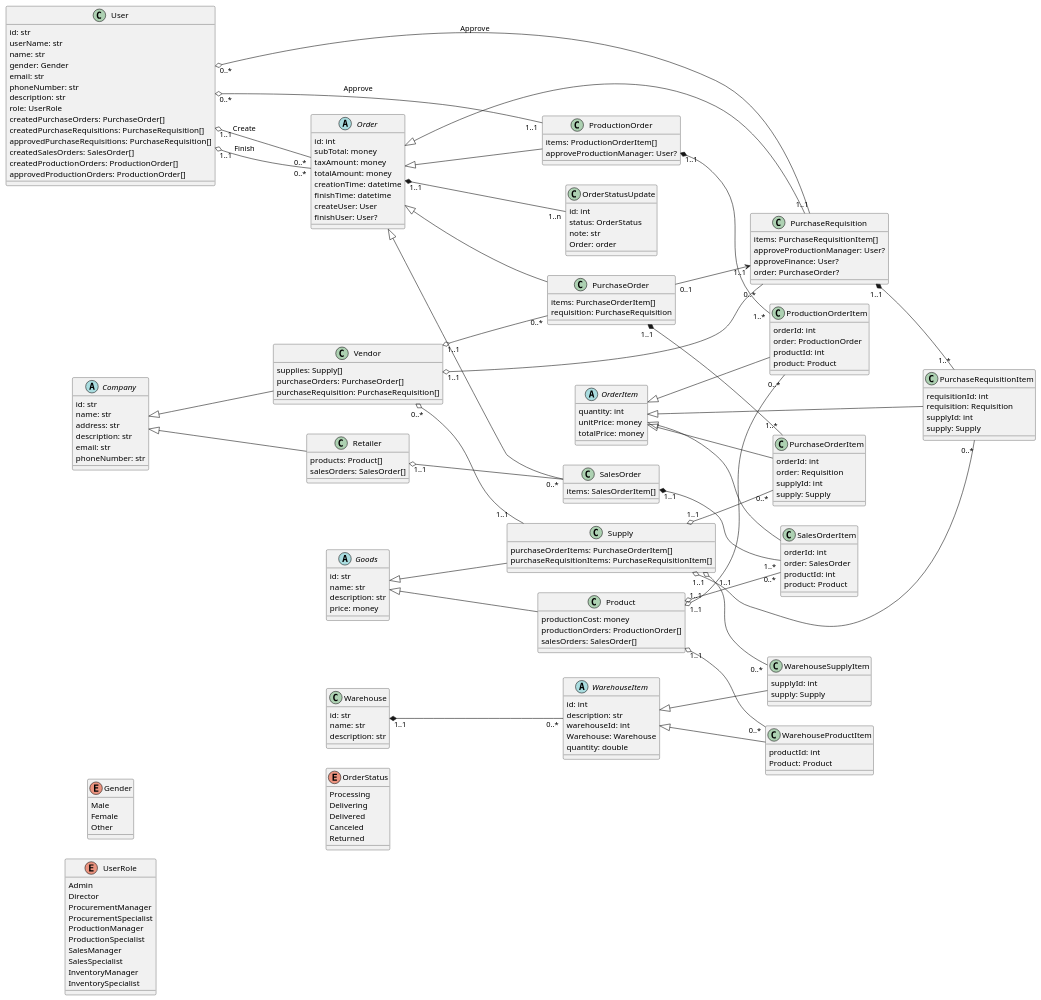
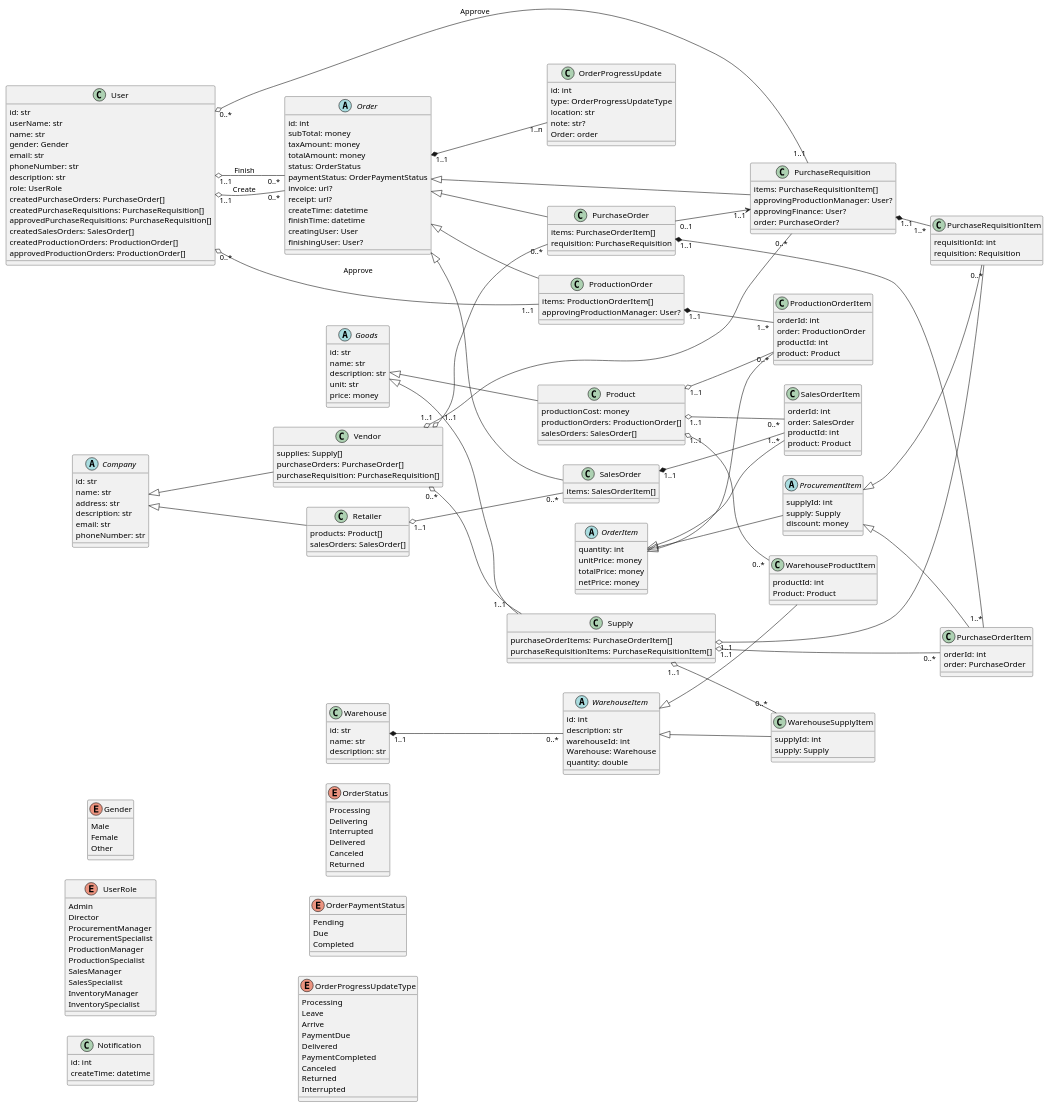
Before and after one commit to phihungha/scmss-reqs: the diagram in classes/classes.plantuml, drawn with PlantUML.

Commit message:
Improve order fields

```diff
--- a/classes/classes.plantuml
+++ b/classes/classes.plantuml
@@ -37,6 +37,11 @@
     approvedProductionOrders: ProductionOrder[]
 }
 
+class Notification {
+    id: int
+    createTime: datetime
+}
+
 abstract Company {
     id: str
     name: str
@@ -70,6 +75,7 @@
     id: str
     name: str
     description: str
+    unit: str
     price: money
 }
 
@@ -90,9 +96,16 @@
 enum OrderStatus {
     Processing
     Delivering
+    Interrupted
     Delivered
     Canceled
     Returned
+}
+
+enum OrderPaymentStatus {
+    Pending
+    Due
+    Completed
 }
 
 abstract Order {
@@ -100,10 +113,14 @@
     subTotal: money
     taxAmount: money
     totalAmount: money
-    creationTime: datetime
+    status: OrderStatus
+    paymentStatus: OrderPaymentStatus
+    invoice: url?
+    receipt: url?
+    createTime: datetime
     finishTime: datetime
-    createUser: User
-    finishUser: User?
+    creatingUser: User
+    finishingUser: User?
 }
 User "1..1" o-- "0..*" Order : Create
 User "1..1" o-- "0..*" Order : Finish
@@ -112,20 +129,41 @@
     quantity: int
     unitPrice: money
     totalPrice: money
+    netPrice: money
 }
 
-class OrderStatusUpdate {
+enum OrderProgressUpdateType {
+    Processing
+    Leave
+    Arrive
+    PaymentDue
+    Delivered
+    PaymentCompleted
+    Canceled
+    Returned
+    Interrupted
+}
+
+class OrderProgressUpdate {
     id: int
-    status: OrderStatus
-    note: str
+    type: OrderProgressUpdateType
+    location: str
+    note: str?
     Order: order
 }
-Order "1..1" *-- "1..n" OrderStatusUpdate
+Order "1..1" *-- "1..n" OrderProgressUpdate
+
+abstract ProcurementItem {
+    supplyId: int
+    supply: Supply
+    discount: money
+}
+OrderItem <|-- ProcurementItem
 
 class PurchaseRequisition {
     items: PurchaseRequisitionItem[]
-    approveProductionManager: User?
-    approveFinance: User?
+    approvingProductionManager: User?
+    approvingFinance: User?
     order: PurchaseOrder?
 }
 Order <|-- PurchaseRequisition
@@ -135,10 +173,8 @@
 class PurchaseRequisitionItem {
     requisitionId: int
     requisition: Requisition
-    supplyId: int
-    supply: Supply
 }
-OrderItem <|-- PurchaseRequisitionItem
+ProcurementItem <|-- PurchaseRequisitionItem
 PurchaseRequisition "1..1" *-- "1..*" PurchaseRequisitionItem
 Supply "1..1" o-- "0..*" PurchaseRequisitionItem
 
@@ -152,11 +188,9 @@
 
 class PurchaseOrderItem {
     orderId: int
-    order: Requisition
-    supplyId: int
-    supply: Supply
+    order: PurchaseOrder
 }
-OrderItem <|-- PurchaseOrderItem
+ProcurementItem <|-- PurchaseOrderItem
 PurchaseOrder "1..1" *-- "1..*" PurchaseOrderItem
 Supply "1..1" o-- "0..*" PurchaseOrderItem
 
@@ -178,7 +212,7 @@
 
 class ProductionOrder {
     items: ProductionOrderItem[]
-    approveProductionManager: User?
+    approvingProductionManager: User?
 }
 Order <|-- ProductionOrder
 User "0..*" o-- "1..1" ProductionOrder : Approve
```
